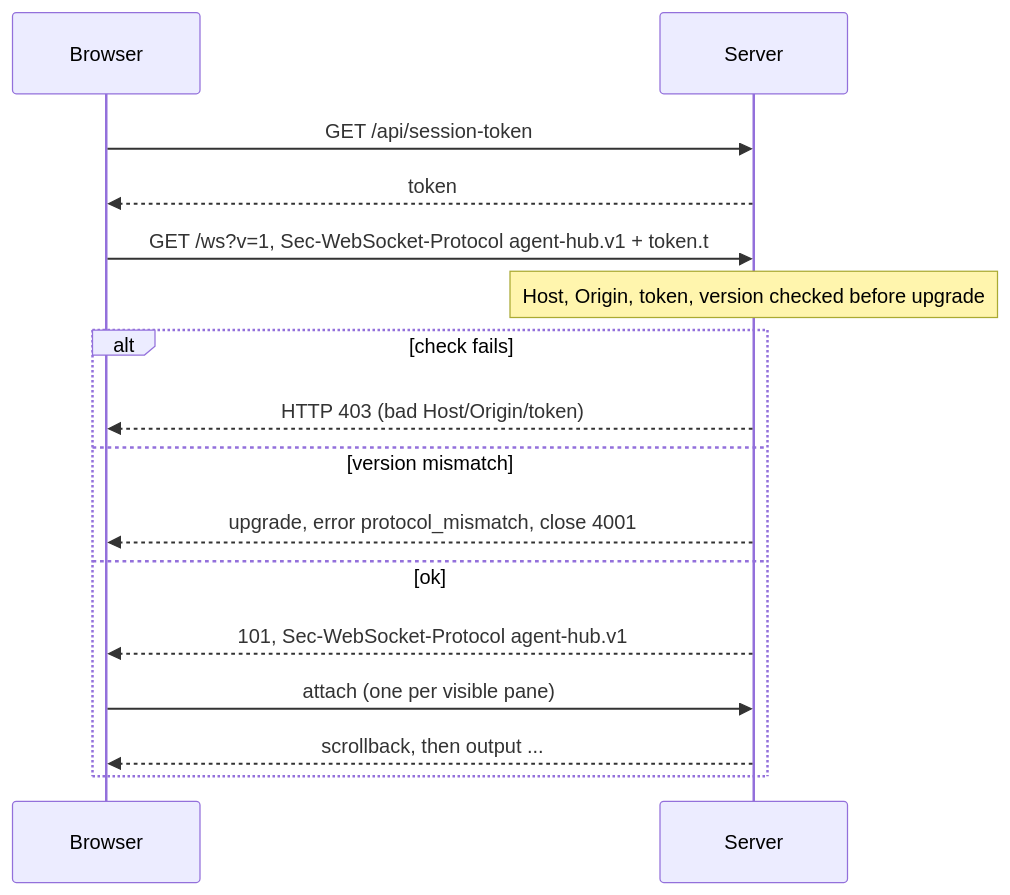
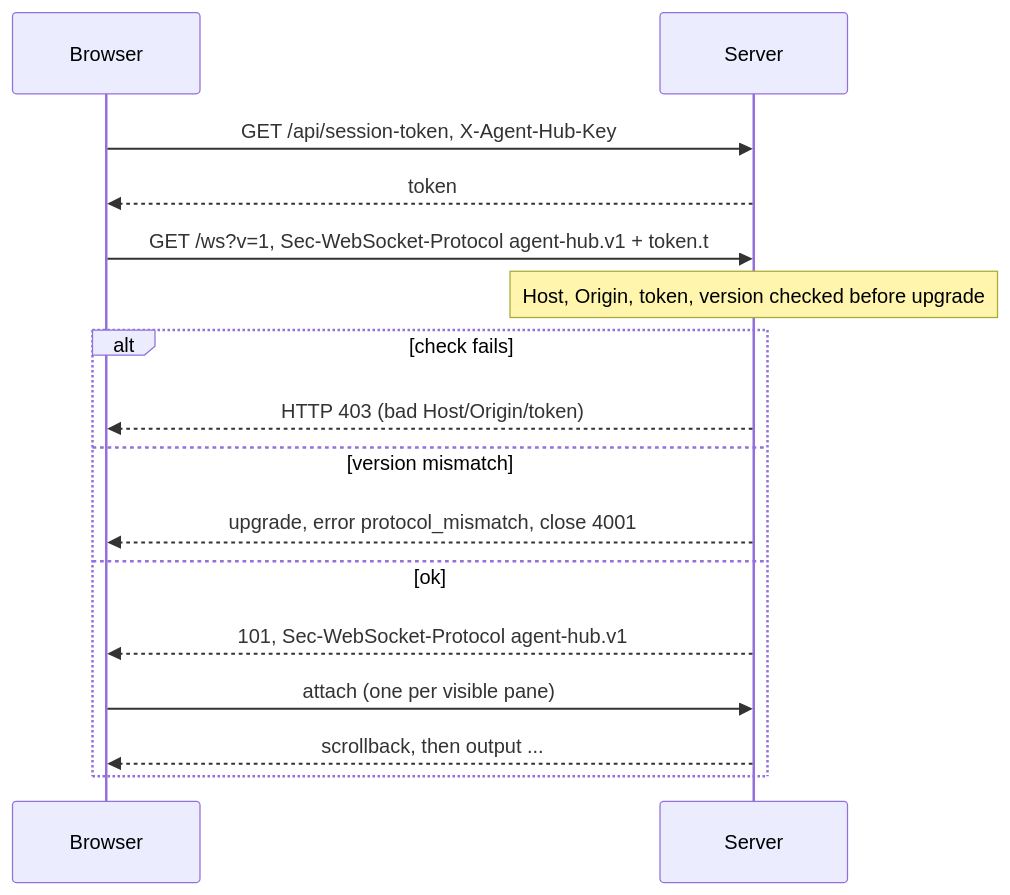
One commit to Dev-Sebi/Paneful-Manager changed the third of 7 diagrams in docs/architecture.md. Above: the diagram before and after it, drawn with Mermaid. The commit also changed other lines of this file and 52 other files, not shown here.

Commit message:
fix: required an owner-only access key on every api request and bootstrapped it via a login url @5m

````diff
--- a/docs/architecture.md
+++ b/docs/architecture.md
@@ -137,18 +137,18 @@
 ```mermaid
 sequenceDiagram
     participant C as Browser
     participant S as Server
-    C->>S: GET /api/session-token
+    C->>S: GET /api/session-token, X-Agent-Hub-Key
     S-->>C: token
     C->>S: GET /ws?v=1, Sec-WebSocket-Protocol agent-hub.v1 + token.t
     Note over S: Host, Origin, token, version checked before upgrade
     alt check fails
         S-->>C: HTTP 403 (bad Host/Origin/token)
     else version mismatch
         S-->>C: upgrade, error protocol_mismatch, close 4001
     else ok
         S-->>C: 101, Sec-WebSocket-Protocol agent-hub.v1
         C->>S: attach (one per visible pane)
         S-->>C: scrollback, then output ...
     end
 ```
````
